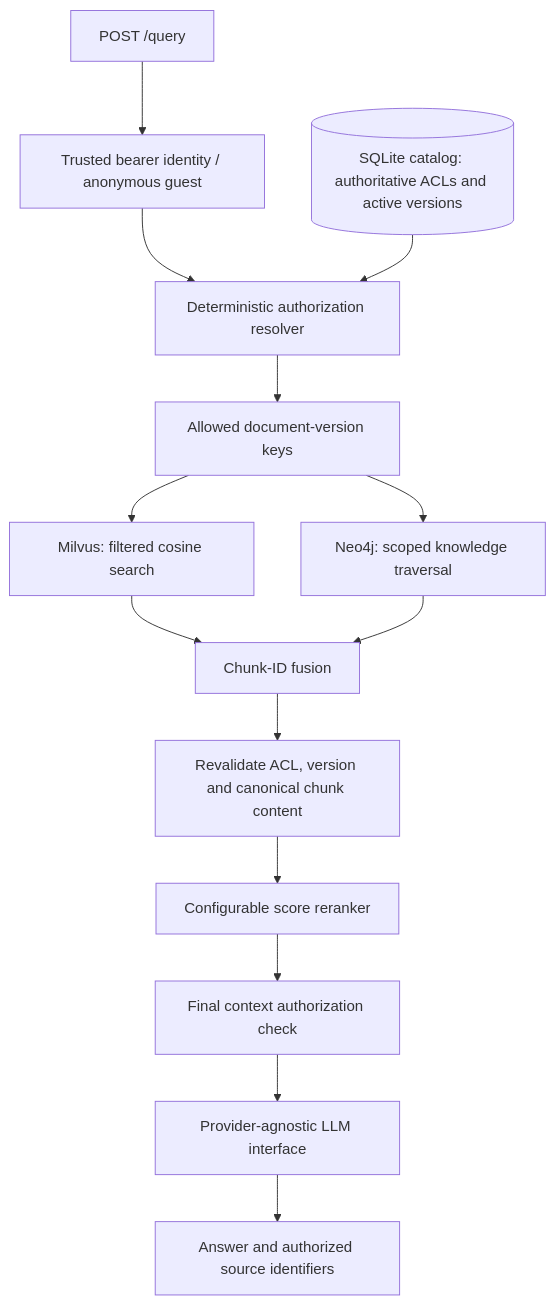
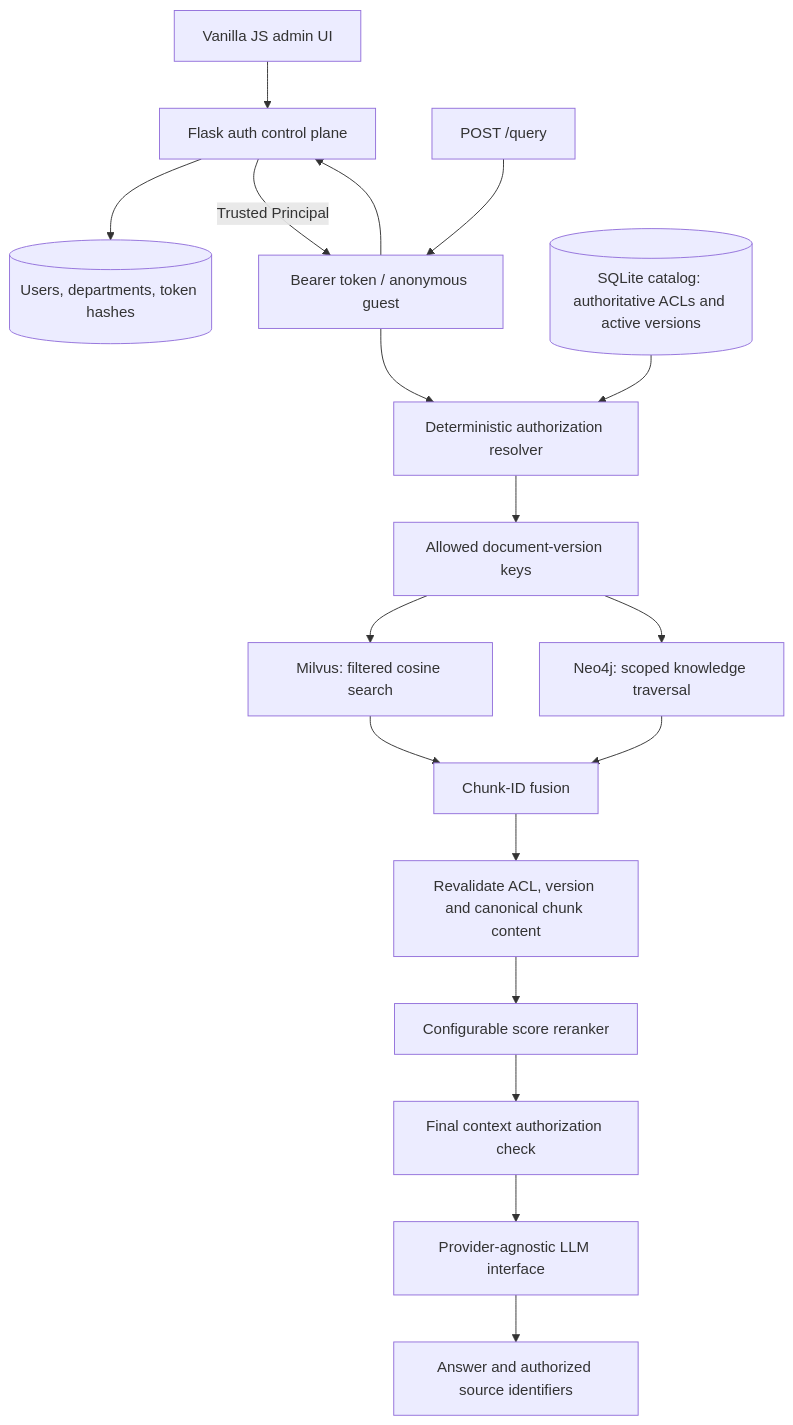
Before and after one commit to zzeiidann/rag-engineering: the diagram in README.md, drawn with Mermaid. The commit also changed other lines of this file and 17 other files, not shown here.

````diff
--- a/README.md
+++ b/README.md
@@ -9,16 +9,20 @@
 ```mermaid
 flowchart TD
-    Q[POST /query] --> A[Trusted bearer identity / anonymous guest]
+    U[Vanilla JS admin UI] --> CP[Flask auth control plane]
+    CP --> ID[(Users, departments, token hashes)]
+    Q[POST /query] --> A[Bearer token / anonymous guest]
+    A --> CP
+    CP -->|Trusted Principal| A
     A --> P[Deterministic authorization resolver]
     C[(SQLite catalog: authoritative ACLs and active versions)] --> P
     P --> S[Allowed document-version keys]
     S --> V[Milvus: filtered cosine search]
     S --> G[Neo4j: scoped knowledge traversal]
     V --> F[Chunk-ID fusion]
     G --> F
     F --> D[Revalidate ACL, version and canonical chunk content]
     D --> R[Configurable score reranker]
     R --> B[Final context authorization check]
     B --> L[Provider-agnostic LLM interface]
     L --> O[Answer and authorized source identifiers]
 ```
````
